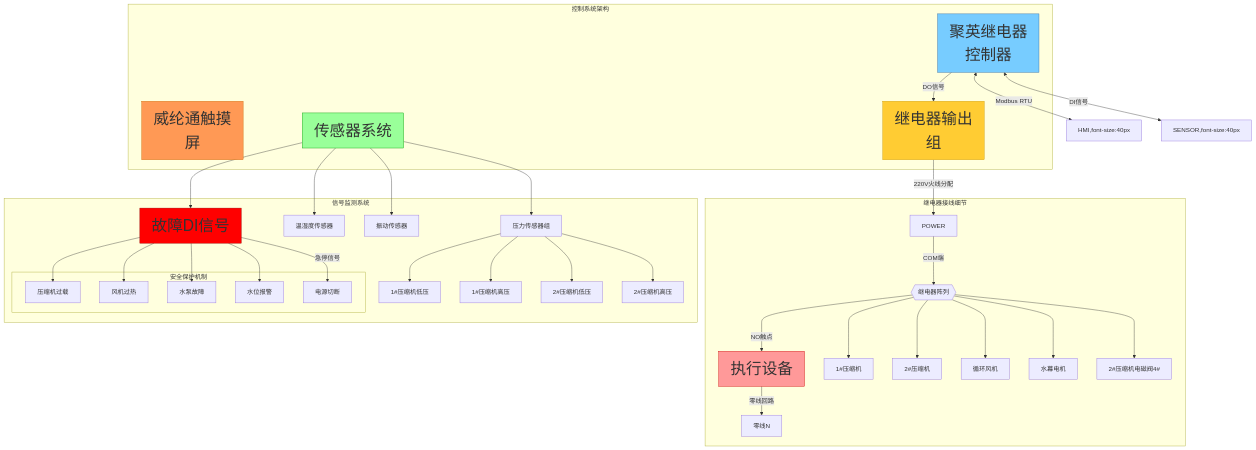
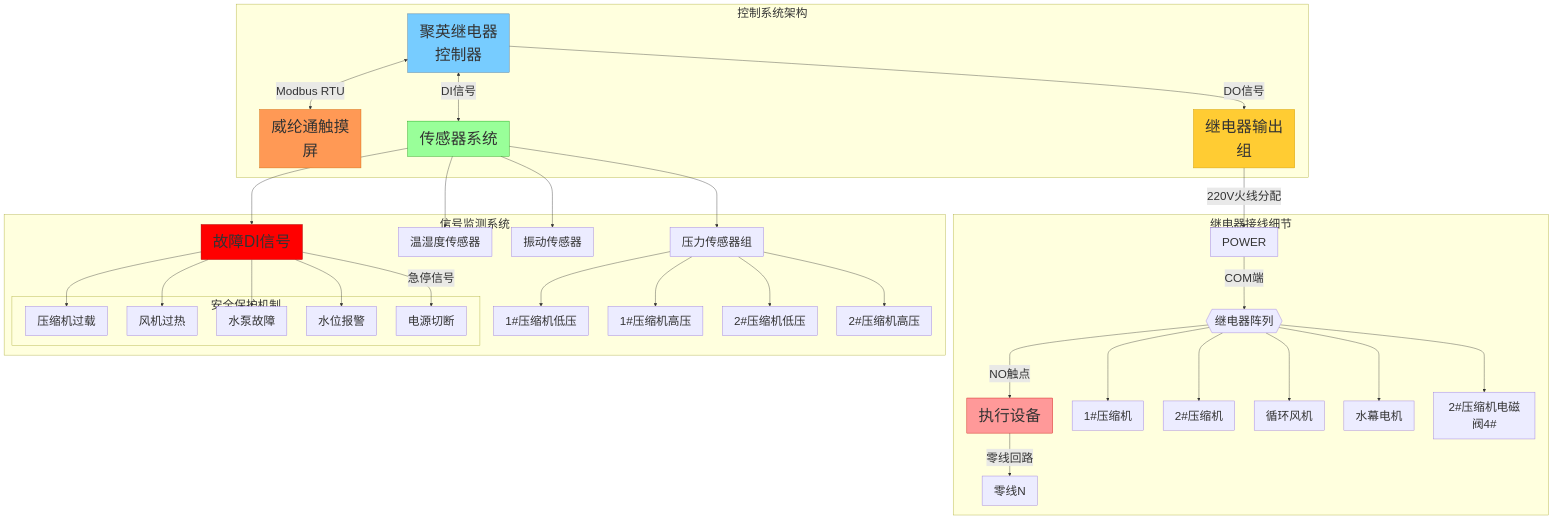
The diagram in all/未命名-1.md (zhangqianjia/iodraw-files), drawn with Mermaid before and after one commit.

Commit message:
2025-03-31 10:30:29 update

````diff
--- a/all/未命名-1.md
+++ b/all/未命名-1.md
@@ -1,60 +1,61 @@
 ```mermaid
 flowchart TD
+  %%{init: {'themeVariables': { 'fontSize': '30px'}}}%%
  subgraph s1["控制系统架构"]
         HMI["威纶通触摸屏"]
         C["聚英继电器控制器"]
         SENSOR["传感器系统"]
         RELAY["继电器输出组"]
   end
  subgraph s2["继电器接线细节"]
         POWER["POWER"]
         RLY{{"继电器阵列"}}
         DEVICE["执行设备"]
         NEUTRAL["零线N"]
         RLY1["1#压缩机"]
         RLY2["2#压缩机"]
         RLY3["循环风机"]
         RLY4["水幕电机"]
         RLY14["2#压缩机电磁阀4#"]
   end
  subgraph s3["信号监测系统"]
         PRESSURE["压力传感器组"]
         THERMO["温湿度传感器"]
         VIBRATION["振动传感器"]
         ALARM["故障DI信号"]
         P1["1#压缩机低压"]
         P2["1#压缩机高压"]
         P3["2#压缩机低压"]
         P4["2#压缩机高压"]
          subgraph s4["安全保护机制"]
         F1["压缩机过载"]
         F2["风机过热"]
         F3["水泵故障"]
         F4["水位报警"]
         CUTOFF["电源切断"]
   end
 
   end
-    C <-- Modbus RTU --> HMI,font-size:40px
-    C <-- DI信号 --> SENSOR,font-size:40px
+    C <-- Modbus RTU --> HMI
+    C <-- DI信号 --> SENSOR
     C -- DO信号 --> RELAY
     RELAY -- 220V火线分配 --> POWER
     POWER -- COM端 --> RLY
     RLY -- NO触点 --> DEVICE
     DEVICE -- 零线回路 --> NEUTRAL
     RLY --> RLY1 & RLY2 & RLY3 & RLY4 & RLY14
     SENSOR --> PRESSURE & THERMO & VIBRATION & ALARM
     PRESSURE --> P1 & P2 & P3 & P4
     ALARM --> F1 & F2 & F3 & F4
     ALARM -- 急停信号 --> CUTOFF
      style HMI fill:#F95,stroke:#C60,font-size:40px
     style HMI fill:#F95,stroke:#C60,font-size:40px
     style C fill:#7CF,stroke:#369,font-size:40px
     style SENSOR fill:#9F9,stroke:#090,font-size:40px
     style RELAY fill:#FC3,stroke:#C90,font-size:40px
     style DEVICE fill:#F99,stroke:#C00,font-size:40px
     style ALARM fill:#F00,stroke:#900,font-size:40px
 
 
 
 ```
````
